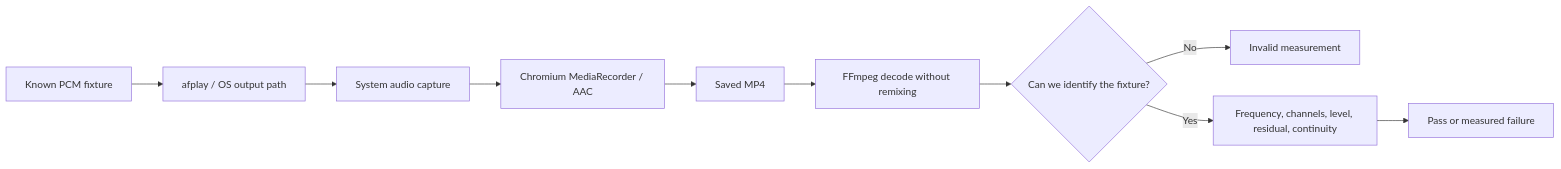
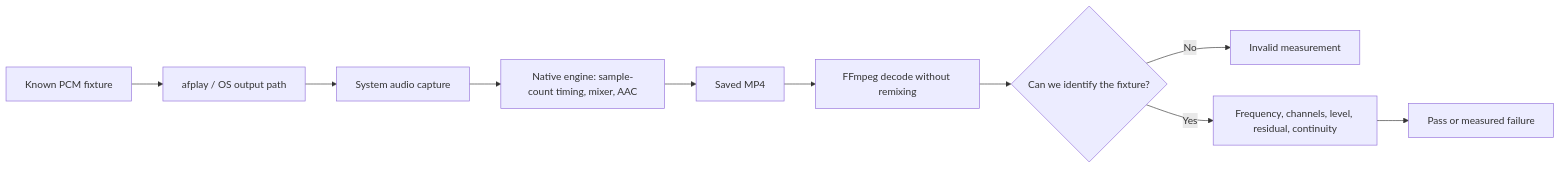
One commit to EricTsai83/recordstuff changed the diagram in docs/system-design/audio-quality.md. Above: the diagram before and after it, drawn with Mermaid. The commit also changed other lines of this file and 51 other files, not shown here.

First line of the commit message:
docs: document the native engine and close plan 076

````diff
--- a/docs/system-design/audio-quality.md
+++ b/docs/system-design/audio-quality.md
@@ -15,12 +15,12 @@
 ```mermaid
 flowchart LR
     A[Known PCM fixture] --> B[afplay / OS output path]
     B --> C[System audio capture]
-    C --> D[Chromium MediaRecorder / AAC]
+    C --> D[Native engine: sample-count timing, mixer, AAC]
     D --> E[Saved MP4]
     E --> F[FFmpeg decode without remixing]
     F --> G{Can we identify the fixture?}
     G -->|No| H[Invalid measurement]
     G -->|Yes| I[Frequency, channels, level, residual, continuity]
     I --> J[Pass or measured failure]
 ```
````
